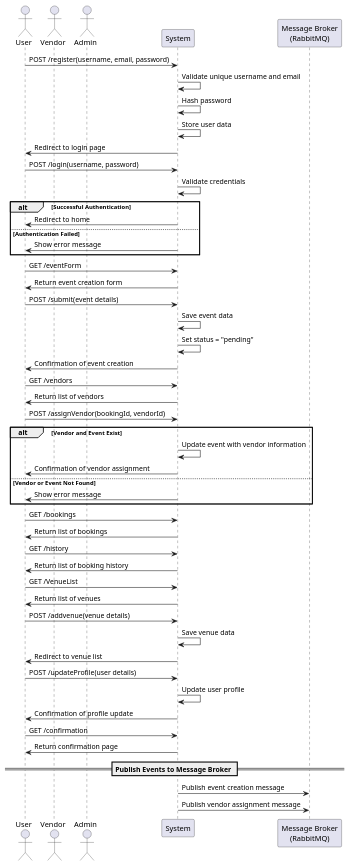
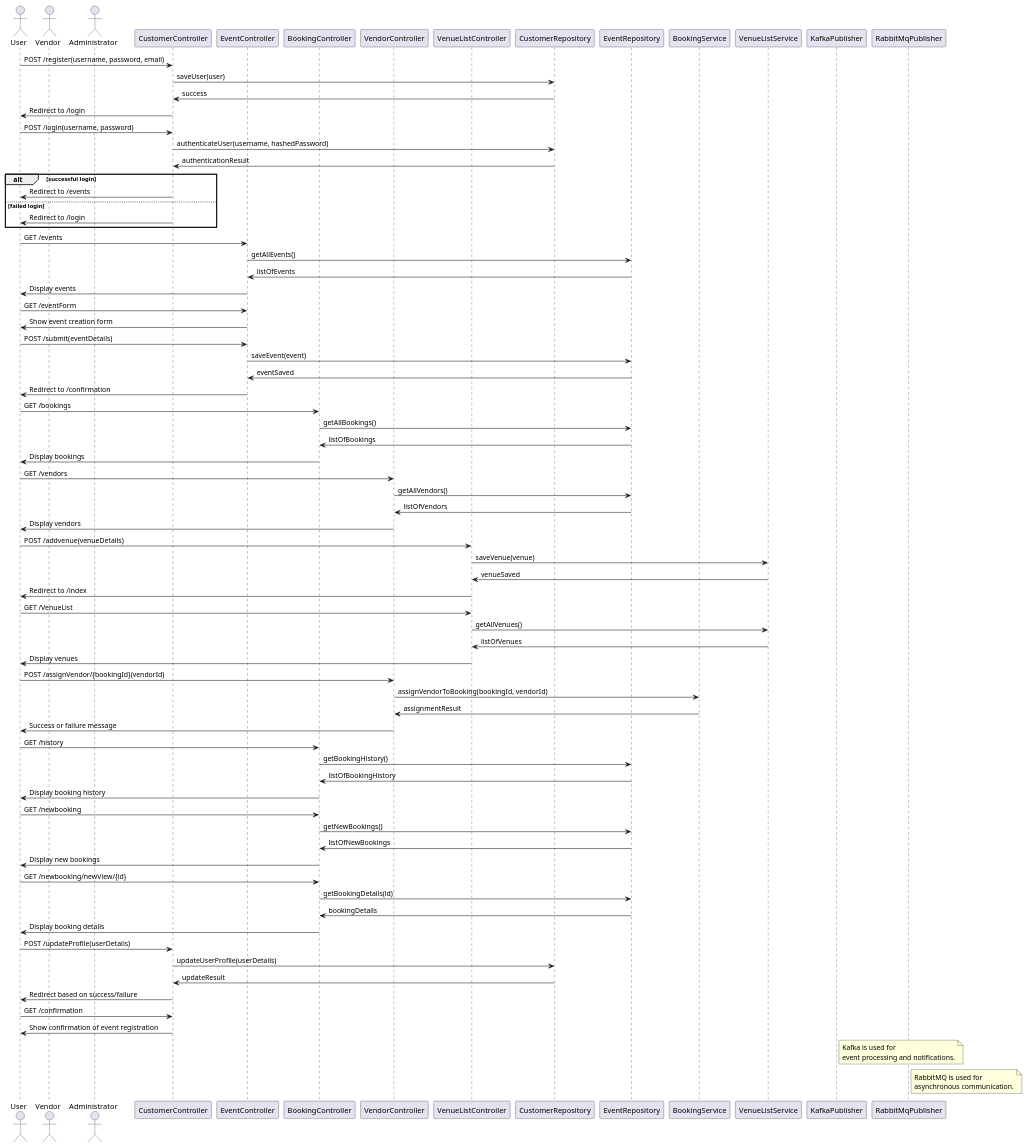
Before and after one commit to chandrakiran428/Capstone-project: the diagram in design_document/Capstone-project.md, drawn with PlantUML. The commit also changed other lines of this file, not shown here.

````diff
--- a/design_document/Capstone-project.md
+++ b/design_document/Capstone-project.md
@@ -69,66 +54,96 @@
 @startuml
 actor User
 actor Vendor
-actor Admin
-participant System
-participant "Message Broker\n(RabbitMQ)" as Broker
+actor Administrator
+participant "CustomerController" as CC
+participant "EventController" as EC
+participant "BookingController" as BC
+participant "VendorController" as VC
+participant "VenueListController" as VLC
+participant "CustomerRepository" as CR
+participant "EventRepository" as ER
+participant "BookingService" as BS
+participant "VenueListService" as VLS
+participant "KafkaPublisher" as KP
+participant "RabbitMqPublisher" as RP
 
-User -> System : POST /register(username, email, password)
-System -> System : Validate unique username and email
-System -> System : Hash password
-System -> System : Store user data
-System -> User : Redirect to login page
+User -> CC: POST /register(username, password, email)
+CC -> CR: saveUser(user)
+CR -> CC: success
+CC -> User: Redirect to /login
 
-User -> System : POST /login(username, password)
-System -> System : Validate credentials
-alt Successful Authentication
-    System -> User : Redirect to home
-else Authentication Failed
-    System -> User : Show error message
+User -> CC: POST /login(username, password)
+CC -> CR: authenticateUser(username, hashedPassword)
+CR -> CC: authenticationResult
+alt successful login
+    CC -> User: Redirect to /events
+else failed login
+    CC -> User: Redirect to /login
 end
 
-User -> System : GET /eventForm
-System -> User : Return event creation form
+User -> EC: GET /events
+EC -> ER: getAllEvents()
+ER -> EC: listOfEvents
+EC -> User: Display events
 
-User -> System : POST /submit(event details)
-System -> System : Save event data
-System -> System : Set status = "pending"
-System -> User : Confirmation of event creation
+User -> EC: GET /eventForm
+EC -> User: Show event creation form
 
-User -> System : GET /vendors
-System -> User : Return list of vendors
+User -> EC: POST /submit(eventDetails)
+EC -> ER: saveEvent(event)
+ER -> EC: eventSaved
+EC -> User: Redirect to /confirmation
 
-User -> System : POST /assignVendor(bookingId, vendorId)
-alt Vendor and Event Exist
-    System -> System : Update event with vendor information
-    System -> User : Confirmation of vendor assignment
-else Vendor or Event Not Found
-    System -> User : Show error message
-end
+User -> BC: GET /bookings
+BC -> ER: getAllBookings()
+ER -> BC: listOfBookings
+BC -> User: Display bookings
 
-User -> System : GET /bookings
-System -> User : Return list of bookings
+User -> VC: GET /vendors
+VC -> ER: getAllVendors()
+ER -> VC: listOfVendors
+VC -> User: Display vendors
 
-User -> System : GET /history
-System -> User : Return list of booking history
+User -> VLC: POST /addvenue(venueDetails)
+VLC -> VLS: saveVenue(venue)
+VLS -> VLC: venueSaved
+VLC -> User: Redirect to /index
 
-User -> System : GET /VenueList
-System -> User : Return list of venues
+User -> VLC: GET /VenueList
+VLC -> VLS: getAllVenues()
+VLS -> VLC: listOfVenues
+VLC -> User: Display venues
 
-User -> System : POST /addvenue(venue details)
-System -> System : Save venue data
-System -> User : Redirect to venue list
+User -> VC: POST /assignVendor/{bookingId}(vendorId)
+VC -> BS: assignVendorToBooking(bookingId, vendorId)
+BS -> VC: assignmentResult
+VC -> User: Success or failure message
 
-User -> System : POST /updateProfile(user details)
-System -> System : Update user profile
-System -> User : Confirmation of profile update
+User -> BC: GET /history
+BC -> ER: getBookingHistory()
+ER -> BC: listOfBookingHistory
+BC -> User: Display booking history
 
-User -> System : GET /confirmation
-System -> User : Return confirmation page
+User -> BC: GET /newbooking
+BC -> ER: getNewBookings()
+ER -> BC: listOfNewBookings
+BC -> User: Display new bookings
 
-== Publish Events to Message Broker ==
-System -> Broker : Publish event creation message
-System -> Broker : Publish vendor assignment message
+User -> BC: GET /newbooking/newView/{id}
+BC -> ER: getBookingDetails(id)
+ER -> BC: bookingDetails
+BC -> User: Display booking details
+
+User -> CC: POST /updateProfile(userDetails)
+CC -> CR: updateUserProfile(userDetails)
+CR -> CC: updateResult
+CC -> User: Redirect based on success/failure
+
+User -> CC: GET /confirmation
+CC -> User: Show confirmation of event registration
+
+note right of KP: Kafka is used for\nevent processing and notifications.
+note right of RP: RabbitMQ is used for\nasynchronous communication.
 
 @enduml
 ```
````
